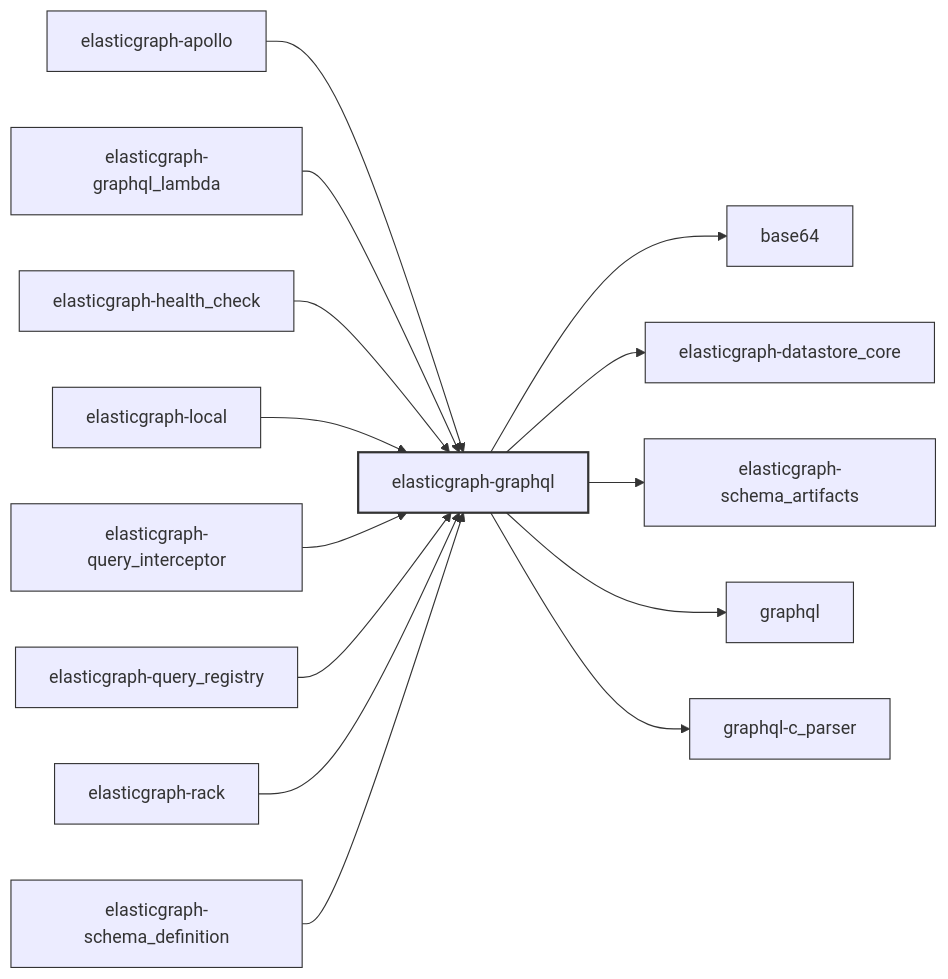
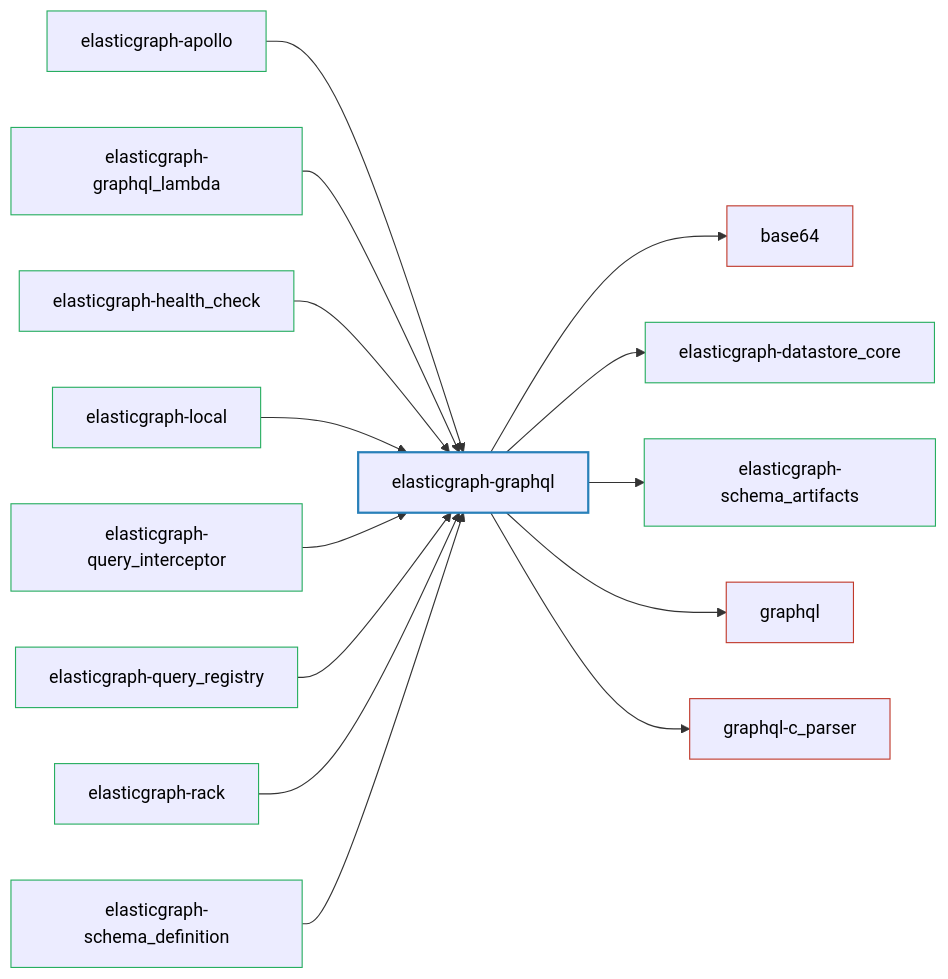
Before and after one commit to block/elasticgraph: the diagram in elasticgraph-graphql/README.md, drawn with Mermaid. The commit also changed 21 other files, not shown here.

````diff
--- a/elasticgraph-graphql/README.md
+++ b/elasticgraph-graphql/README.md
@@ -7,34 +7,44 @@
 ```mermaid
 graph LR;
+    elasticgraph-graphql["elasticgraph-graphql"];
+    base64["base64"];
     elasticgraph-graphql --> base64;
+    elasticgraph-datastore_core["elasticgraph-datastore_core"];
     elasticgraph-graphql --> elasticgraph-datastore_core;
+    elasticgraph-schema_artifacts["elasticgraph-schema_artifacts"];
     elasticgraph-graphql --> elasticgraph-schema_artifacts;
+    graphql["graphql"];
     elasticgraph-graphql --> graphql;
+    graphql-c_parser["graphql-c_parser"];
     elasticgraph-graphql --> graphql-c_parser;
+    elasticgraph-apollo["elasticgraph-apollo"];
     elasticgraph-apollo --> elasticgraph-graphql;
+    elasticgraph-graphql_lambda["elasticgraph-graphql_lambda"];
     elasticgraph-graphql_lambda --> elasticgraph-graphql;
+    elasticgraph-health_check["elasticgraph-health_check"];
     elasticgraph-health_check --> elasticgraph-graphql;
+    elasticgraph-local["elasticgraph-local"];
     elasticgraph-local --> elasticgraph-graphql;
+    elasticgraph-query_interceptor["elasticgraph-query_interceptor"];
     elasticgraph-query_interceptor --> elasticgraph-graphql;
+    elasticgraph-query_registry["elasticgraph-query_registry"];
     elasticgraph-query_registry --> elasticgraph-graphql;
+    elasticgraph-rack["elasticgraph-rack"];
     elasticgraph-rack --> elasticgraph-graphql;
+    elasticgraph-schema_definition["elasticgraph-schema_definition"];
     elasticgraph-schema_definition --> elasticgraph-graphql;
-    classDef currentGemStyle fill:#lightblue,stroke:#333,stroke-width:2px;
-    classDef internalEgGemStyle fill:#lightgreen,stroke:#333,stroke-width:1px;
-    classDef externalGemStyle fill:#lightcoral,stroke:#333,stroke-width:1px;
-    classDef placeholderNodeStyle fill:#eee,stroke:#333,stroke-width:1px;
-    class elasticgraph-graphql currentGemStyle;
-    class base64 externalGemStyle;
-    class elasticgraph-datastore_core internalEgGemStyle;
-    class elasticgraph-schema_artifacts internalEgGemStyle;
-    class graphql externalGemStyle;
-    class graphql-c_parser externalGemStyle;
-    class elasticgraph-apollo internalEgGemStyle;
-    class elasticgraph-graphql_lambda internalEgGemStyle;
-    class elasticgraph-health_check internalEgGemStyle;
-    class elasticgraph-local internalEgGemStyle;
-    class elasticgraph-query_interceptor internalEgGemStyle;
-    class elasticgraph-query_registry internalEgGemStyle;
-    class elasticgraph-rack internalEgGemStyle;
-    class elasticgraph-schema_definition internalEgGemStyle;
+    style elasticgraph-graphql fill:#lightblue,stroke:#2980b9,stroke-width:2px,color:#000;
+    style base64 fill:#lightcoral,stroke:#c0392b,stroke-width:1px,color:#000;
+    style elasticgraph-datastore_core fill:#lightgreen,stroke:#27ae60,stroke-width:1px,color:#000;
+    style elasticgraph-schema_artifacts fill:#lightgreen,stroke:#27ae60,stroke-width:1px,color:#000;
+    style graphql fill:#lightcoral,stroke:#c0392b,stroke-width:1px,color:#000;
+    style graphql-c_parser fill:#lightcoral,stroke:#c0392b,stroke-width:1px,color:#000;
+    style elasticgraph-apollo fill:#lightgreen,stroke:#27ae60,stroke-width:1px,color:#000;
+    style elasticgraph-graphql_lambda fill:#lightgreen,stroke:#27ae60,stroke-width:1px,color:#000;
+    style elasticgraph-health_check fill:#lightgreen,stroke:#27ae60,stroke-width:1px,color:#000;
+    style elasticgraph-local fill:#lightgreen,stroke:#27ae60,stroke-width:1px,color:#000;
+    style elasticgraph-query_interceptor fill:#lightgreen,stroke:#27ae60,stroke-width:1px,color:#000;
+    style elasticgraph-query_registry fill:#lightgreen,stroke:#27ae60,stroke-width:1px,color:#000;
+    style elasticgraph-rack fill:#lightgreen,stroke:#27ae60,stroke-width:1px,color:#000;
+    style elasticgraph-schema_definition fill:#lightgreen,stroke:#27ae60,stroke-width:1px,color:#000;
 ```
````
